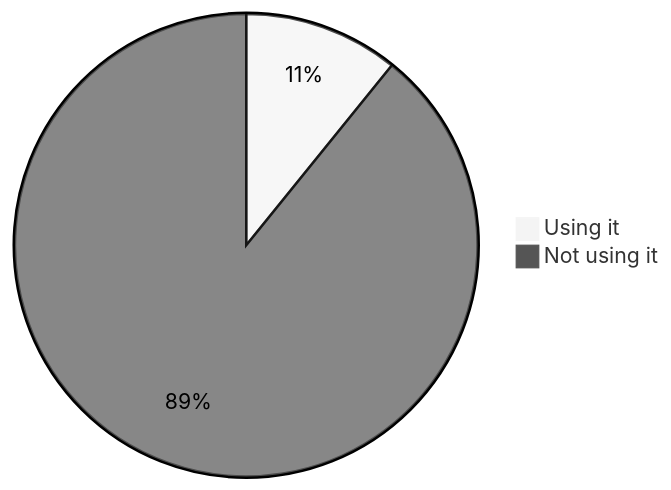
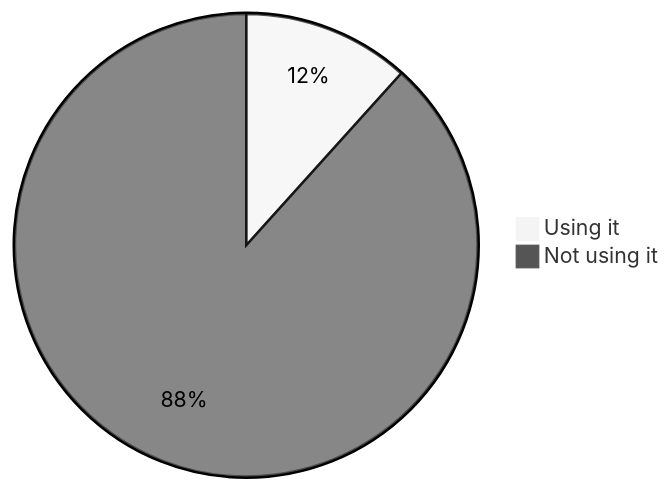
Before and after one commit to oshp/oshp-stats: diagram 13 of 22 in stats.md, drawn with Mermaid (neutral theme). The commit also changed other lines of this file, not shown here.

````diff
--- a/stats.md
+++ b/stats.md
@@ -154,6 +154,6 @@
 ```mermaid
 pie
-	"Using it" : 10.83
-	"Not using it" : 89.17
+	"Using it" : 11.68
+	"Not using it" : 88.32
 
 ```
````
